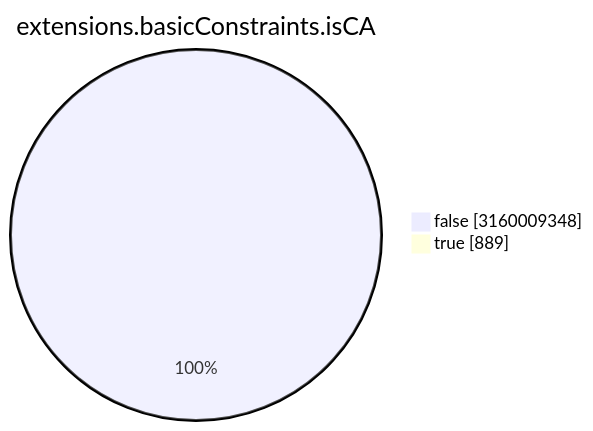
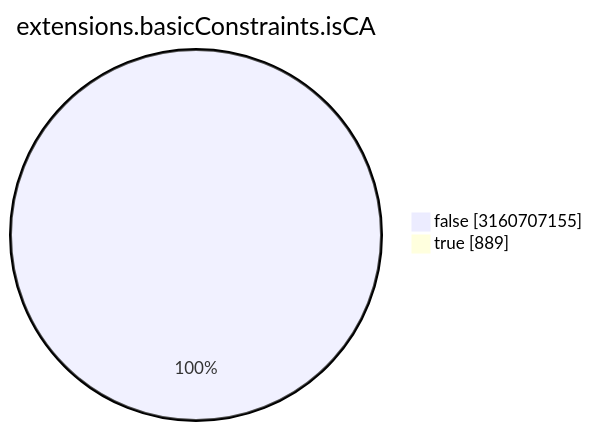
The seventh of 15 diagrams in TOTAL/README.md (christiankrug/ctmonitor_visualization), drawn with Mermaid before and after one commit. The commit also changed other lines of this file, not shown here.

````diff
--- a/TOTAL/README.md
+++ b/TOTAL/README.md
@@ -3088,6 +3088,6 @@
 ```mermaid
 pie showData
 title extensions.basicConstraints.isCA
-"false" :3160009348
+"false" :3160707155
 "true" :889
 ```
````
